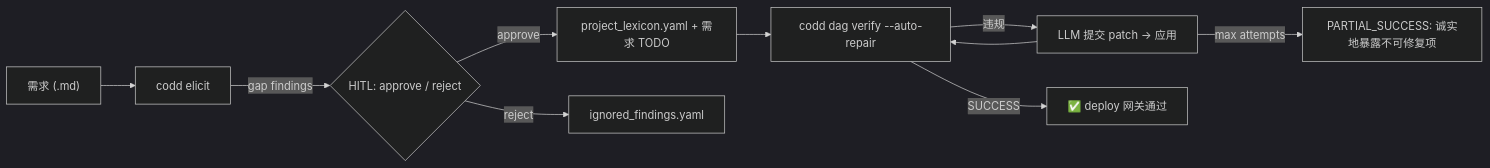
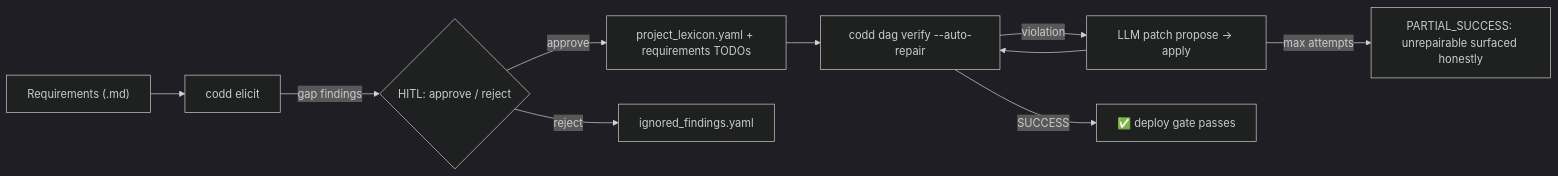
One commit to yohey-w/codd-dev changed the first of 2 diagrams in README_zh.md. Above: the diagram before and after it, drawn with Mermaid (dark theme). The commit also changed other lines of this file and 2 other files, not shown here.

First line of the commit message:
docs(readme): restructure 3-language README to user-first flow (cmd_360)

````diff
--- a/README_zh.md
+++ b/README_zh.md
@@ -65,12 +51,12 @@
 ```mermaid
 flowchart LR
-    R["需求 (.md)"] --> E["codd elicit"]
+    R["Requirements (.md)"] --> E["codd elicit"]
     E -->|gap findings| H{HITL: approve / reject}
-    H -->|approve| L["project_lexicon.yaml + 需求 TODO"]
+    H -->|approve| L["project_lexicon.yaml + requirements TODOs"]
     H -->|reject| I["ignored_findings.yaml"]
     L --> V["codd dag verify --auto-repair"]
-    V -->|违规| AR["LLM 提交 patch → 应用"]
+    V -->|violation| AR["LLM patch propose → apply"]
     AR --> V
-    V -->|SUCCESS| D["✅ deploy 网关通过"]
-    AR -->|max attempts| P["PARTIAL_SUCCESS: 诚实地暴露不可修复项"]
+    V -->|SUCCESS| D["✅ deploy gate passes"]
+    AR -->|max attempts| P["PARTIAL_SUCCESS: unrepairable surfaced honestly"]
 ```
````
